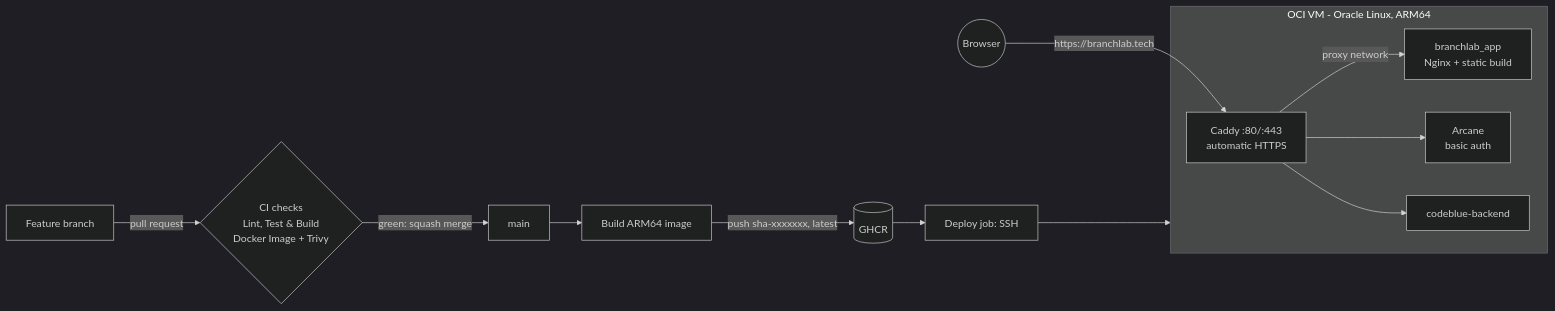
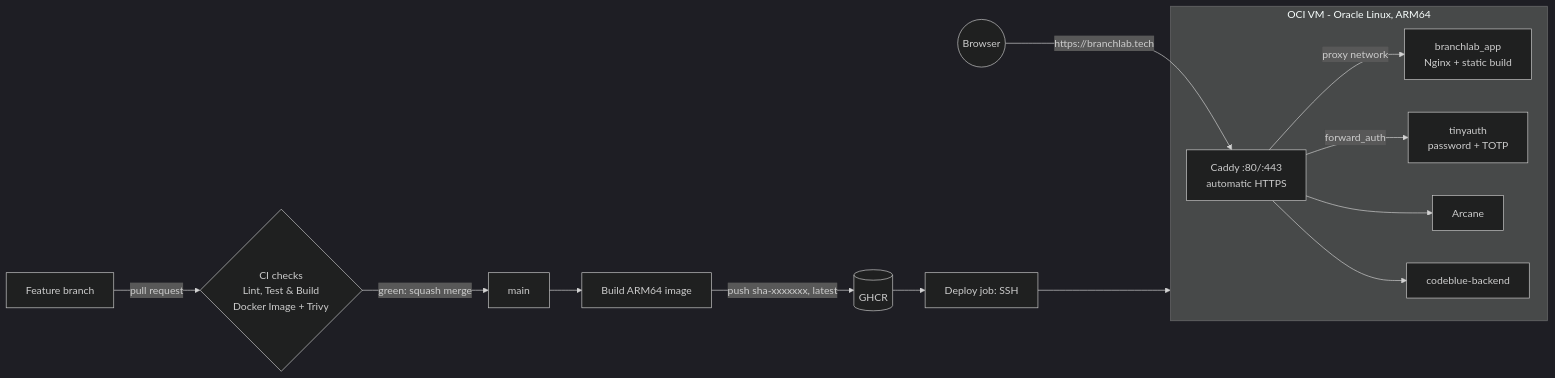
One commit to Petya122/branchlab changed the diagram in README.md. Above: the diagram before and after it, drawn with Mermaid (dark theme). The commit also changed 15 other files, not shown here.

First line of the commit message:
feat(infra): tinyauth login (password + TOTP) in front of Arcane (#16)

````diff
--- a/README.md
+++ b/README.md
@@ -113,17 +113,18 @@
 ```mermaid
 flowchart LR
     dev[Feature branch] -->|pull request| pr{"CI checks<br/>Lint, Test & Build<br/>Docker Image + Trivy"}
     pr -->|green: squash merge| main[main]
     main --> build[Build ARM64 image]
     build -->|push sha-xxxxxxx, latest| ghcr[(GHCR)]
     ghcr --> deploy[Deploy job: SSH]
     deploy --> vm
 
     subgraph vm[OCI VM - Oracle Linux, ARM64]
         caddy[Caddy :80/:443<br/>automatic HTTPS] -->|proxy network| app[branchlab_app<br/>Nginx + static build]
-        caddy --> arcane[Arcane<br/>basic auth]
+        caddy -->|forward_auth| tinyauth[tinyauth<br/>password + TOTP]
+        caddy --> arcane[Arcane]
         caddy --> codeblue[codeblue-backend]
     end
 
     user((Browser)) -->|https://branchlab.tech| caddy
 ```
````
